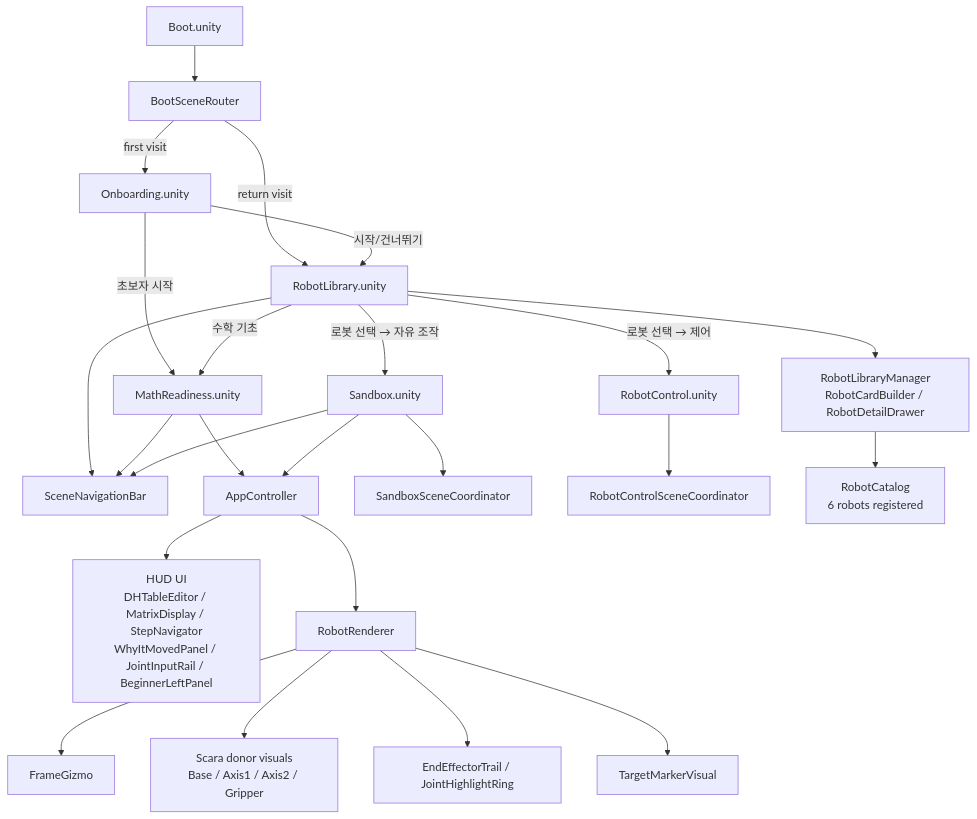
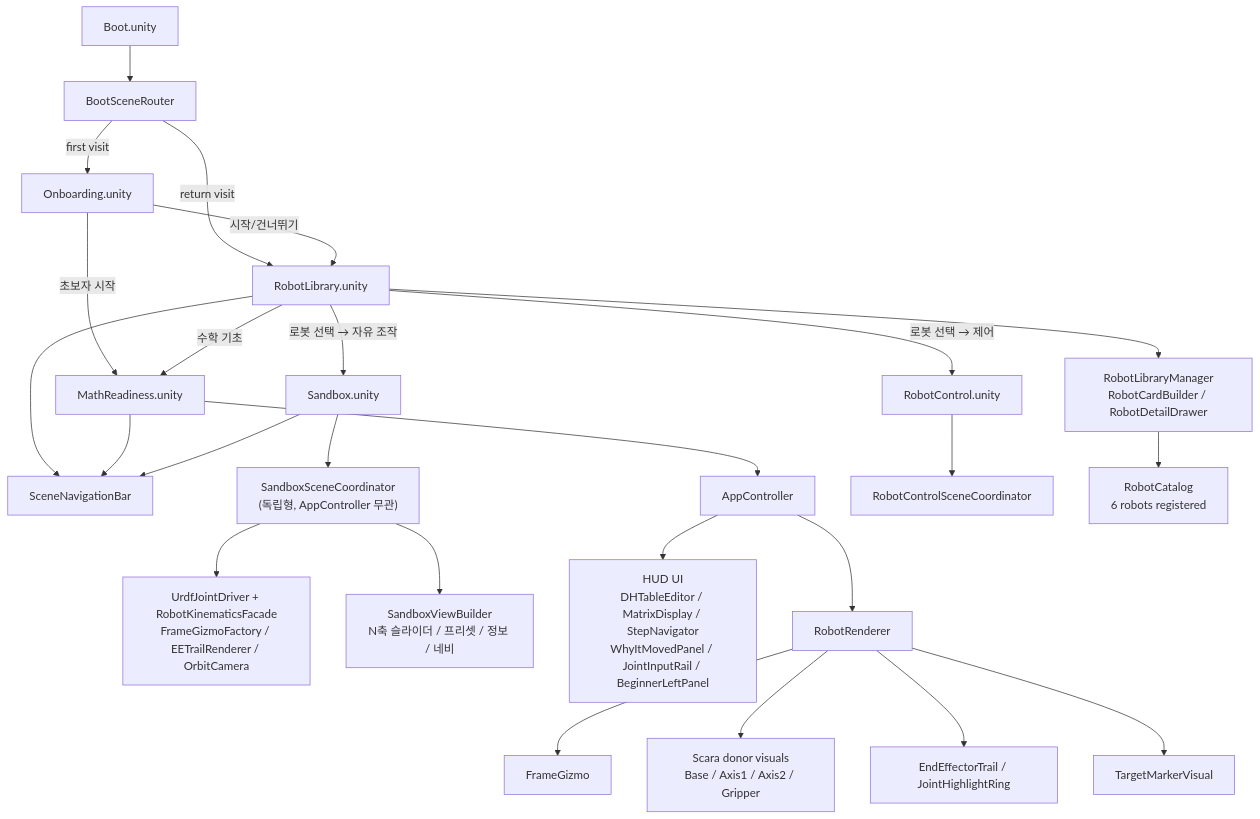
One commit to kimjuyoung1127/robotapp changed the first of 6 diagrams in docs/ref/architecture-mermaid.md. Above: the diagram before and after it, drawn with Mermaid. The commit also changed other lines of this file and 34 other files, not shown here.

First line of the commit message:
feat: rebuild Sandbox as independent coordinator with UrdfJointDriver

````diff
--- a/docs/ref/architecture-mermaid.md
+++ b/docs/ref/architecture-mermaid.md
@@ -8,32 +8,34 @@
 ```mermaid
 flowchart TD
     Boot["Boot.unity"] --> Router["BootSceneRouter"]
     Router -->|first visit| Onboarding["Onboarding.unity"]
     Router -->|return visit| RobotLib["RobotLibrary.unity"]
 
     Onboarding -->|시작/건너뛰기| RobotLib
     Onboarding -->|초보자 시작| MathReady["MathReadiness.unity"]
 
     RobotLib --> Nav["SceneNavigationBar"]
     MathReady --> Nav
     Sandbox["Sandbox.unity"] --> Nav
 
     RobotLib -->|로봇 선택 → 제어| RobotCtrl["RobotControl.unity"]
     RobotLib -->|로봇 선택 → 자유 조작| Sandbox
     RobotLib -->|수학 기초| MathReady
 
     MathReady --> App["AppController"]
-    Sandbox --> SandboxCoord["SandboxSceneCoordinator"]
-    Sandbox --> App
+    Sandbox --> SandboxCoord["SandboxSceneCoordinator\n(독립형, AppController 무관)"]
     RobotCtrl --> RobotCtrlCoord["RobotControlSceneCoordinator"]
+
+    SandboxCoord --> SandboxViz["UrdfJointDriver + RobotKinematicsFacade\nFrameGizmoFactory / EETrailRenderer / OrbitCamera"]
+    SandboxCoord --> SandboxUI["SandboxViewBuilder\nN축 슬라이더 / 프리셋 / 정보 / 네비"]
 
     App --> UI["HUD UI\nDHTableEditor / MatrixDisplay / StepNavigator\nWhyItMovedPanel / JointInputRail / BeginnerLeftPanel"]
     App --> Viz["RobotRenderer"]
     Viz --> Frame["FrameGizmo"]
     Viz --> Donor["Scara donor visuals\nBase / Axis1 / Axis2 / Gripper"]
     Viz --> Trail["EndEffectorTrail / JointHighlightRing"]
     Viz --> Target["TargetMarkerVisual"]
 
     RobotLib --> RLM["RobotLibraryManager\nRobotCardBuilder / RobotDetailDrawer"]
     RLM --> Catalog["RobotCatalog\n6 robots registered"]
 ```
````
